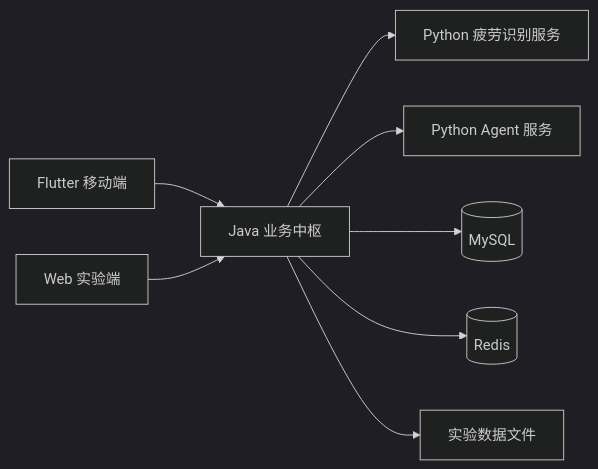
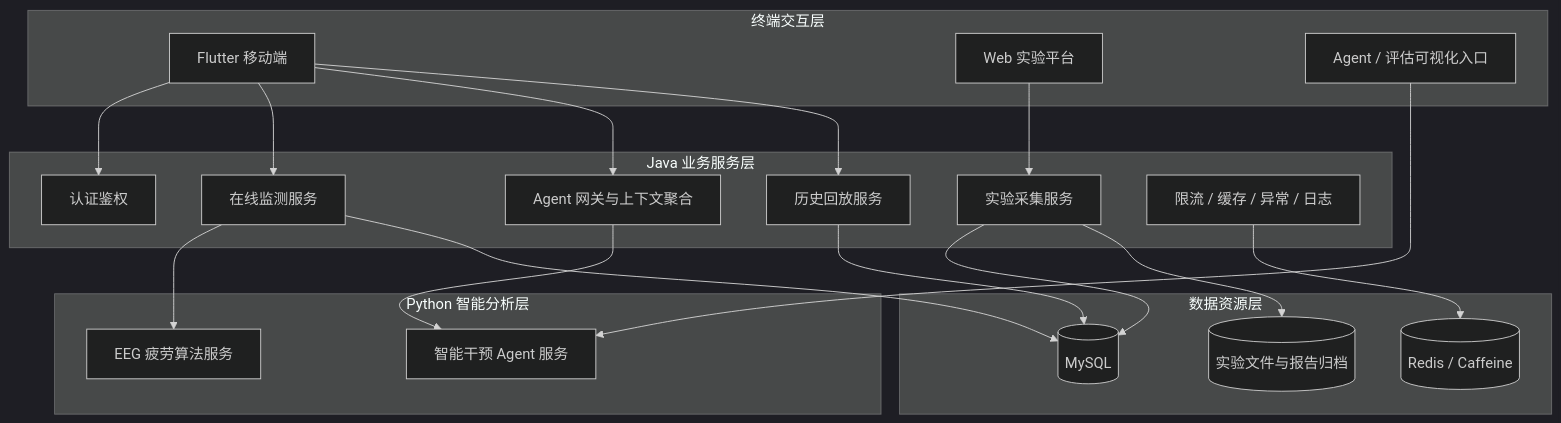
Before and after one commit to Z-501/fatigue-monitoring-system: the diagram in docs/architecture.md, drawn with Mermaid (dark theme). The commit also changed other lines of this file and 10 other files, not shown here.

````diff
--- a/docs/architecture.md
+++ b/docs/architecture.md
@@ -9,10 +12,42 @@
 ```mermaid
-flowchart LR
-    A[Flutter 移动端] --> C[Java 业务中枢]
-    B[Web 实验端] --> C
-    C --> D[Python 疲劳识别服务]
-    C --> E[Python Agent 服务]
-    C --> F[(MySQL)]
-    C --> G[(Redis)]
-    C --> H[实验数据文件]
+flowchart TB
+    subgraph L1[终端交互层]
+        App[Flutter 移动端]
+        Web[Web 实验平台]
+        Viewer[Agent / 评估可视化入口]
+    end
+
+    subgraph L2[Java 业务服务层]
+        Auth[认证鉴权]
+        Monitor[在线监测服务]
+        Experiment[实验采集服务]
+        AgentGateway[Agent 网关与上下文聚合]
+        History[历史回放服务]
+        Common[限流 / 缓存 / 异常 / 日志]
+    end
+
+    subgraph L3[Python 智能分析层]
+        Algo[EEG 疲劳算法服务]
+        Agent[智能干预 Agent 服务]
+    end
+
+    subgraph L4[数据资源层]
+        DB[(MySQL)]
+        Cache[(Redis / Caffeine)]
+        Archive[(实验文件与报告归档)]
+    end
+
+    App --> Auth
+    App --> Monitor
+    App --> AgentGateway
+    App --> History
+    Web --> Experiment
+    Viewer --> Agent
+    Monitor --> Algo
+    AgentGateway --> Agent
+    Monitor --> DB
+    Experiment --> DB
+    History --> DB
+    Common --> Cache
+    Experiment --> Archive
 ```
````
